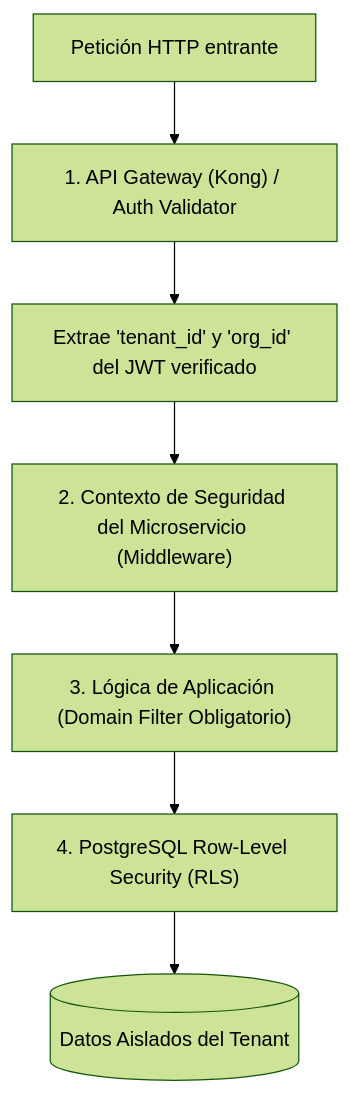
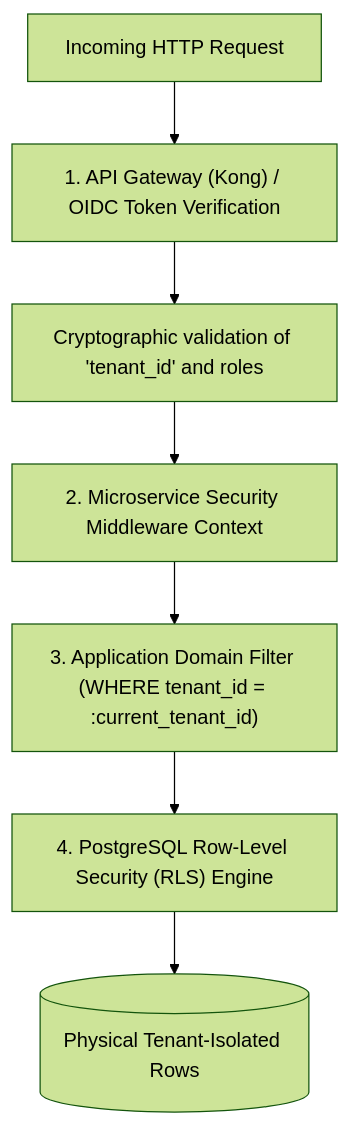
One commit to daniel2004-lsd/worksphere-docs changed the diagram in 05-architecture/multi-tenancy-strategy.md. Above: the diagram before and after it, drawn with Mermaid (forest theme). The commit also changed other lines of this file and 22 other files, not shown here.

Commit message:
docs(all): complete english enterprise architecture, security policy, non-functional requirements and EcoRuteandoDb liquibase governance (#4)

````diff
--- a/05-architecture/multi-tenancy-strategy.md
+++ b/05-architecture/multi-tenancy-strategy.md
@@ -16,9 +23,9 @@
 ```mermaid
 flowchart TD
-    Req["Petición HTTP entrante"] --> GW["1. API Gateway (Kong) / Auth Validator"]
-    GW --> JWT["Extrae 'tenant_id' y 'org_id' del JWT verificado"]
-    JWT --> SVC["2. Contexto de Seguridad del Microservicio (Middleware)"]
-    SVC --> APP["3. Lógica de Aplicación (Domain Filter Obligatorio)"]
-    APP --> DB["4. PostgreSQL Row-Level Security (RLS)"]
-    DB --> Data[(Datos Aislados del Tenant)]
+    Req["Incoming HTTP Request"] --> GW["1. API Gateway (Kong) / OIDC Token Verification"]
+    GW --> JWT["Cryptographic validation of 'tenant_id' and roles"]
+    JWT --> SVC["2. Microservice Security Middleware Context"]
+    SVC --> APP["3. Application Domain Filter (WHERE tenant_id = :current_tenant_id)"]
+    APP --> DB["4. PostgreSQL Row-Level Security (RLS) Engine"]
+    DB --> Data[(Physical Tenant-Isolated Rows)]
 ```
````
